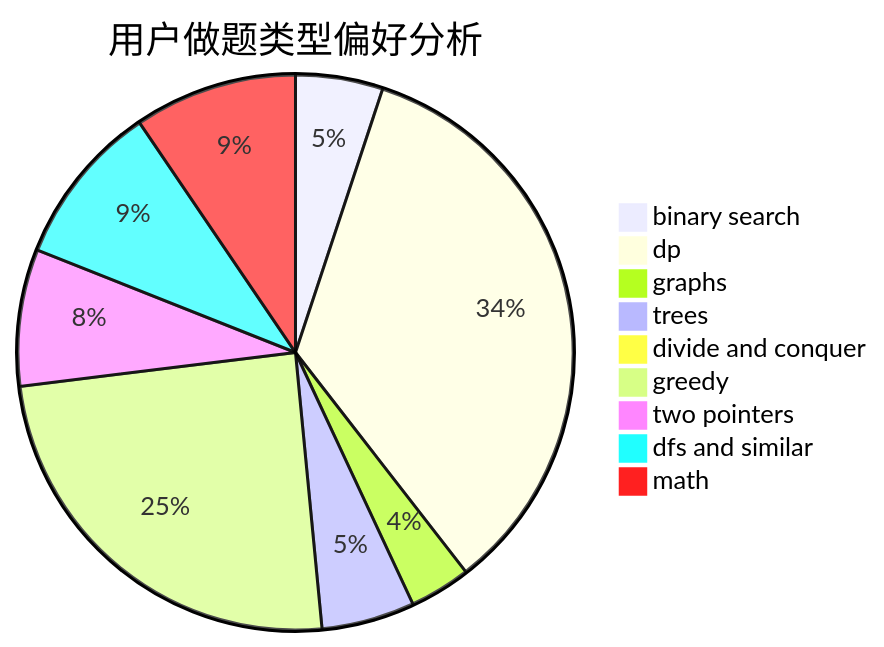
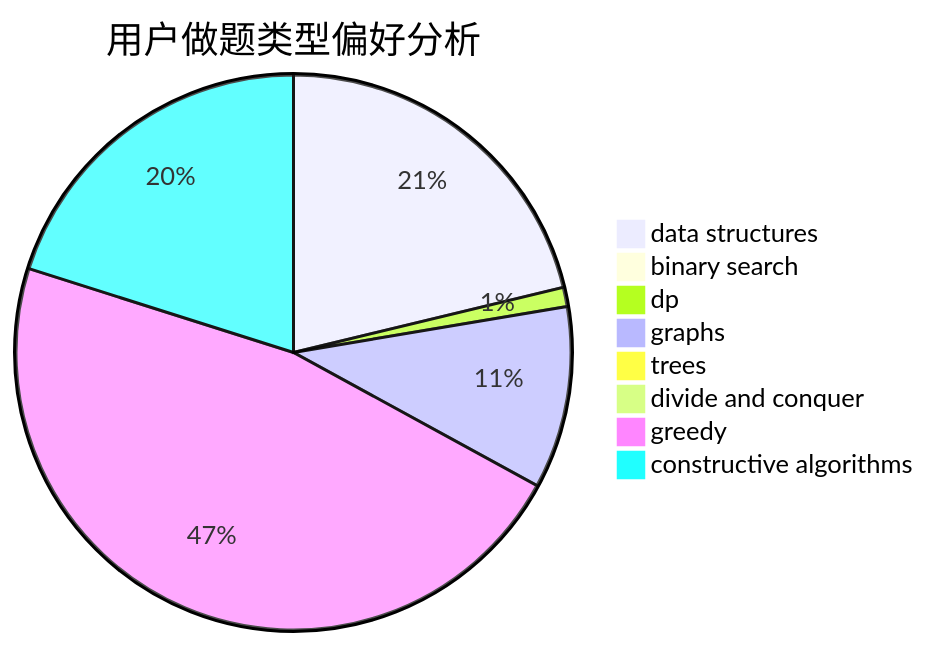
One commit to sherpahu/cfrs.github.io changed the second of 3 diagrams in docs/user/u2293.md. Above: the diagram before and after it, drawn with Mermaid. The commit also changed other lines of this file and 2775 other files, not shown here.

````diff
--- a/docs/user/u2293.md
+++ b/docs/user/u2293.md
@@ -23,12 +23,11 @@
 ```mermaid
 pie title 用户做题类型偏好分析
-    "binary search" :  30
-    "dp" :  203
-    "graphs" :  21
-    "trees" :  32
-    "divide and conquer" :  1
-    "greedy" :  145
-    "two pointers" :  47
-    "dfs and similar" :  56
-    "math" :  56
+    "data structures" :  38
+    "binary search" :  1
+    "dp" :  2
+    "graphs" :  19
+    "trees" :  0
+    "divide and conquer" :  0
+    "greedy" :  84
+    "constructive algorithms" :  36
 ```
````
